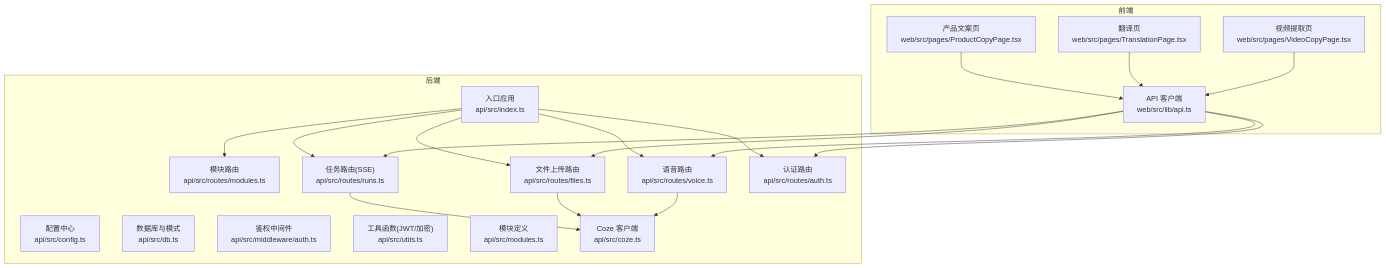
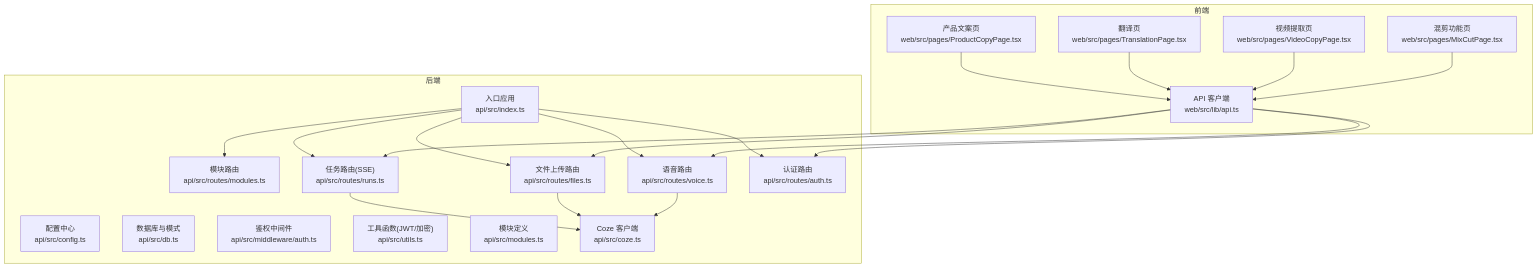
The first of 6 diagrams in .qoder/repowiki/zh/content/API 接口文档/工作流模块接口.md (hanksd769-droid/sailshub), drawn with Mermaid before and after one commit. The commit also changed other lines of this file and 3 other files, not shown here.

````diff
--- a/.qoder/repowiki/zh/content/API 接口文档/工作流模块接口.md
+++ b/.qoder/repowiki/zh/content/API 接口文档/工作流模块接口.md
@@ -51,38 +54,40 @@
 ```mermaid
 graph TB
 subgraph "后端"
 IDX["入口应用<br/>api/src/index.ts"]
 CFG["配置中心<br/>api/src/config.ts"]
 DB["数据库与模式<br/>api/src/db.ts"]
 AUTHMW["鉴权中间件<br/>api/src/middleware/auth.ts"]
 UTIL["工具函数(JWT/加密)<br/>api/src/utils.ts"]
 MOD["模块定义<br/>api/src/modules.ts"]
 COZE["Coze 客户端<br/>api/src/coze.ts"]
 ROUTE_MOD["模块路由<br/>api/src/routes/modules.ts"]
 ROUTE_RUNS["任务路由(SSE)<br/>api/src/routes/runs.ts"]
 ROUTE_FILES["文件上传路由<br/>api/src/routes/files.ts"]
 ROUTE_VOICE["语音路由<br/>api/src/routes/voice.ts"]
 ROUTE_AUTH["认证路由<br/>api/src/routes/auth.ts"]
 end
 subgraph "前端"
 WEB_API["API 客户端<br/>web/src/lib/api.ts"]
 PAGE_PC["产品文案页<br/>web/src/pages/ProductCopyPage.tsx"]
 PAGE_TR["翻译页<br/>web/src/pages/TranslationPage.tsx"]
 PAGE_VC["视频提取页<br/>web/src/pages/VideoCopyPage.tsx"]
+PAGE_MC["混剪功能页<br/>web/src/pages/MixCutPage.tsx"]
 end
 IDX --> ROUTE_AUTH
 IDX --> ROUTE_MOD
 IDX --> ROUTE_RUNS
 IDX --> ROUTE_FILES
 IDX --> ROUTE_VOICE
 ROUTE_RUNS --> COZE
 ROUTE_FILES --> COZE
 ROUTE_VOICE --> COZE
 WEB_API --> ROUTE_RUNS
 WEB_API --> ROUTE_FILES
 WEB_API --> ROUTE_VOICE
 WEB_API --> ROUTE_AUTH
 PAGE_PC --> WEB_API
 PAGE_TR --> WEB_API
 PAGE_VC --> WEB_API
+PAGE_MC --> WEB_API
 ```
````
